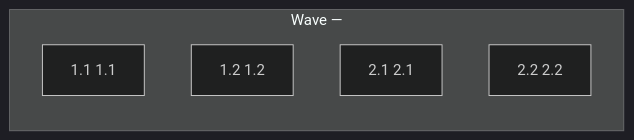
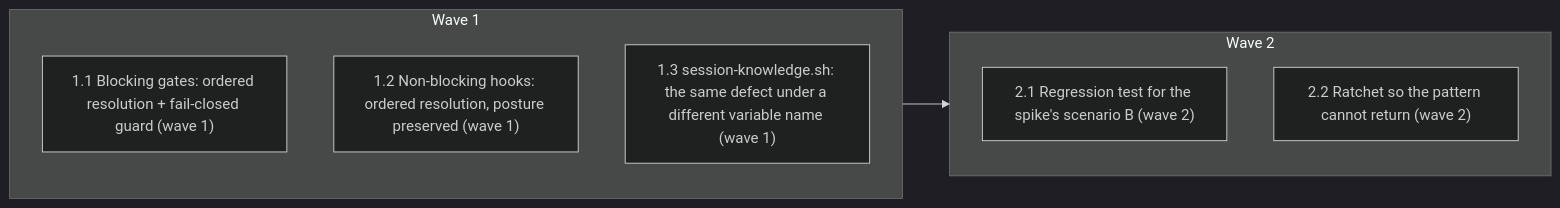
Before and after one commit to minhtran3124/agent-harness: the diagram in specs/fix-hook-project-root-resolution/PLAN.md, drawn with Mermaid (dark theme). The commit also changed other lines of this file, not shown here.

````diff
--- a/specs/fix-hook-project-root-resolution/PLAN.md
+++ b/specs/fix-hook-project-root-resolution/PLAN.md
@@ -21,9 +22,13 @@
 ```mermaid
 flowchart LR
-  subgraph W0[Wave —]
-    T1_1["1.1 1.1"]
-    T1_2["1.2 1.2"]
-    T2_1["2.1 2.1"]
-    T2_2["2.2 2.2"]
+  subgraph W0[Wave 1]
+    T1_1["1.1 Blocking gates: ordered resolution + fail-closed guard (wave 1)"]
+    T1_2["1.2 Non-blocking hooks: ordered resolution, posture preserved (wave 1)"]
+    T1_3["1.3 session-knowledge.sh: the same defect under a different variable name (wave 1)"]
   end
+  subgraph W1[Wave 2]
+    T2_1["2.1 Regression test for the spike's scenario B (wave 2)"]
+    T2_2["2.2 Ratchet so the pattern cannot return (wave 2)"]
+  end
+  W0 --> W1
 ```
````
